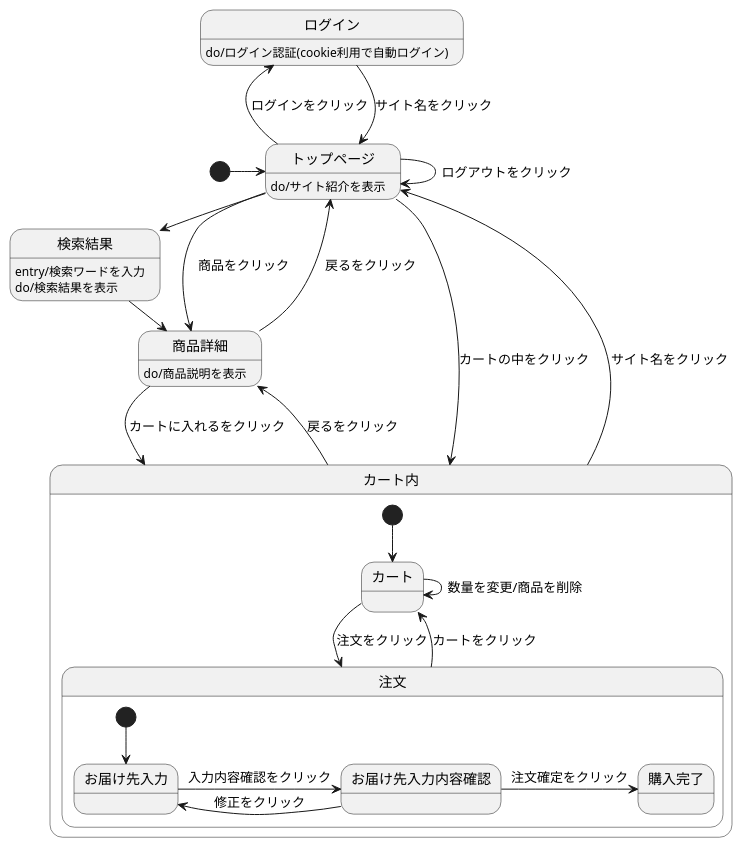
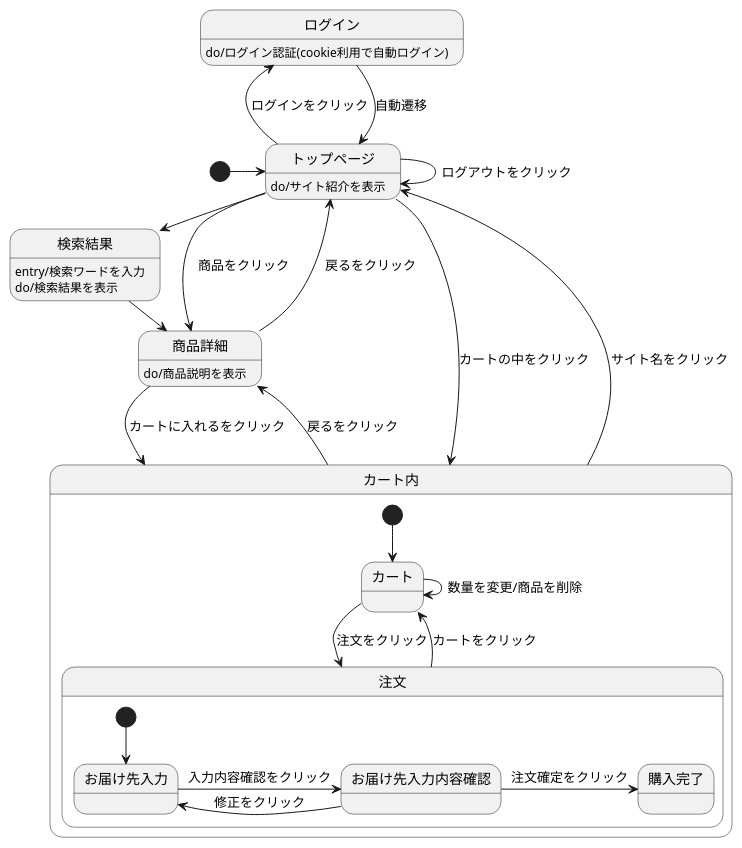
Before and after one commit to Aso2001369/2021sys-design: the diagram in src2/md/状態遷移図.md, drawn with PlantUML.

````diff
--- a/src2/md/状態遷移図.md
+++ b/src2/md/状態遷移図.md
@@ -1,35 +1,35 @@
 ```uml
 @startuml
 
 [*] -> トップページ
-ログイン --> トップページ : サイト名をクリック
+ログイン --> トップページ : 自動遷移
 ログイン : do/ログイン認証(cookie利用で自動ログイン)
 トップページ --> トップページ : ログアウトをクリック
 トップページ -> 検索結果 : 商品検索
 トップページ -> 商品詳細 : 商品をクリック
 トップページ -left-> ログイン : ログインをクリック
 トップページ --> カート内 : カートの中をクリック
 トップページ : do/サイト紹介を表示
 検索結果 -> 商品詳細 : 商品をクリック
 検索結果 : entry/検索ワードを入力
 検索結果 : do/検索結果を表示
 商品詳細 --> カート内 : カートに入れるをクリック
 商品詳細 --> トップページ : 戻るをクリック
 商品詳細 : do/商品説明を表示
 カート内 -up-> トップページ : サイト名をクリック
 カート内 -> 商品詳細 : 戻るをクリック
 
 state カート内 {
   [*] --> カート
   カート -> 注文 : 注文をクリック
   カート -> カート : 数量を変更/商品を削除
   注文 --> カート : カートをクリック
   state 注文 {
     [*] --> お届け先入力
     お届け先入力 -> お届け先入力内容確認 : 入力内容確認をクリック
     お届け先入力内容確認 -> お届け先入力 : 修正をクリック
     お届け先入力内容確認 -> 購入完了 : 注文確定をクリック
   }
  }
 @enduml
 ```
````
